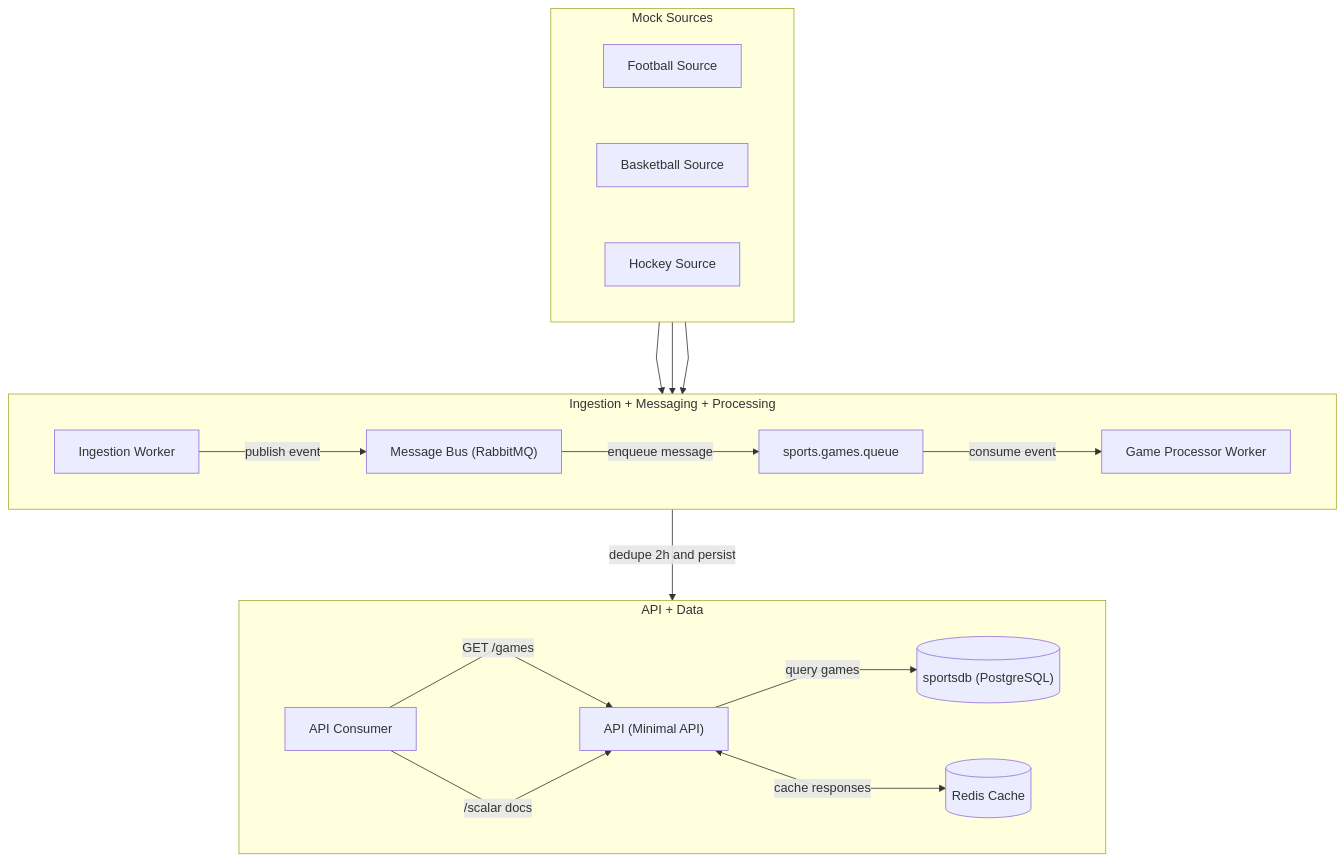
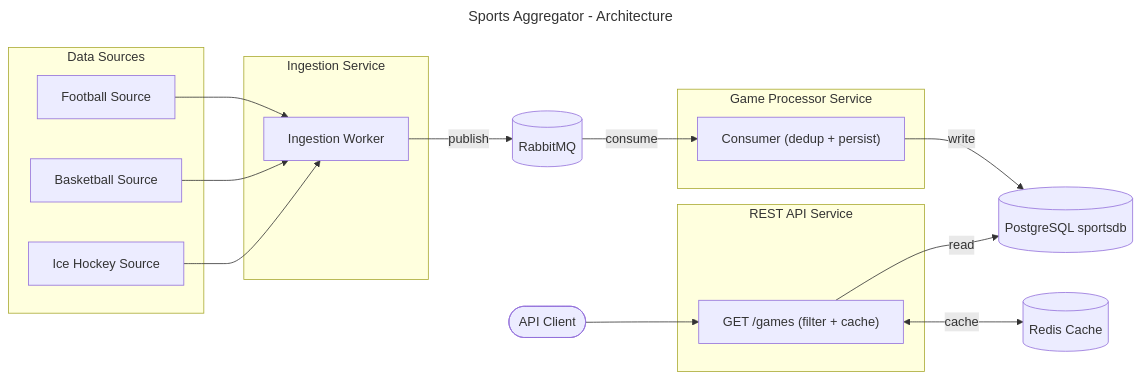
One commit to Ensiferum/sports-app changed the diagram in README.md. Above: the diagram before and after it, drawn with Mermaid.

Commit message:
feat: Update architecture diagram in README.md to reflect data flow and components

````diff
--- a/README.md
+++ b/README.md
@@ -21,40 +21,44 @@
 ```mermaid
-%%{init: {"flowchart": {"curve": "linear", "nodeSpacing": 70, "rankSpacing": 90}}}%%
-flowchart TB
-    subgraph Sources["Mock Sources"]
-        direction LR
-        Football["Football Source"]
-        Basketball["Basketball Source"]
-        Hockey["Hockey Source"]
+---
+title: Sports Aggregator - Architecture
+config:
+  theme: default
+---
+flowchart LR
+    subgraph Sources["Data Sources"]
+        F["Football Source"]
+        B["Basketball Source"]
+        H["Ice Hockey Source"]
     end
 
-    subgraph EventFlow["Ingestion + Messaging + Processing"]
-        direction LR
-        Ingestion["Ingestion Worker"]
-        Rabbit["Message Bus (RabbitMQ)"]
-        Queue["sports.games.queue"]
-        Processor["Game Processor Worker"]
+    subgraph Ingestion["Ingestion Service"]
+        IW["Ingestion Worker"]
     end
 
-    subgraph Serving["API + Data"]
-        direction LR
-        Client["API Consumer"]
-        Api["API (Minimal API)"]
-        SportsDb[("sportsdb (PostgreSQL)")]
-        Redis[("Redis Cache")]
+    F --> IW
+    B --> IW
+    H --> IW
+
+    RMQ[("RabbitMQ")]
+    IW -- publish --> RMQ
+
+    subgraph Processing["Game Processor Service"]
+        GP["Consumer (dedup + persist)"]
     end
 
-    Football --> Ingestion
-    Basketball --> Ingestion
-    Hockey --> Ingestion
+    RMQ -- consume --> GP
 
-    Ingestion -->|publish event| Rabbit
-    Rabbit -->|enqueue message| Queue
-    Queue -->|consume event| Processor
-    Processor -->|dedupe 2h and persist| SportsDb
+    PG[("PostgreSQL sportsdb")]
+    GP -- write --> PG
 
-    Client -->|GET /games| Api
-    Client -->|/scalar docs| Api
-    Api -->|query games| SportsDb
-    Api <-->|cache responses| Redis
+    subgraph API["REST API Service"]
+        EP["GET /games (filter + cache)"]
+    end
+
+    EP -- read --> PG
+
+    Redis[("Redis Cache")]
+    EP <-- cache --> Redis
+
+    Client(["API Client"]) --> EP
 ```
````
